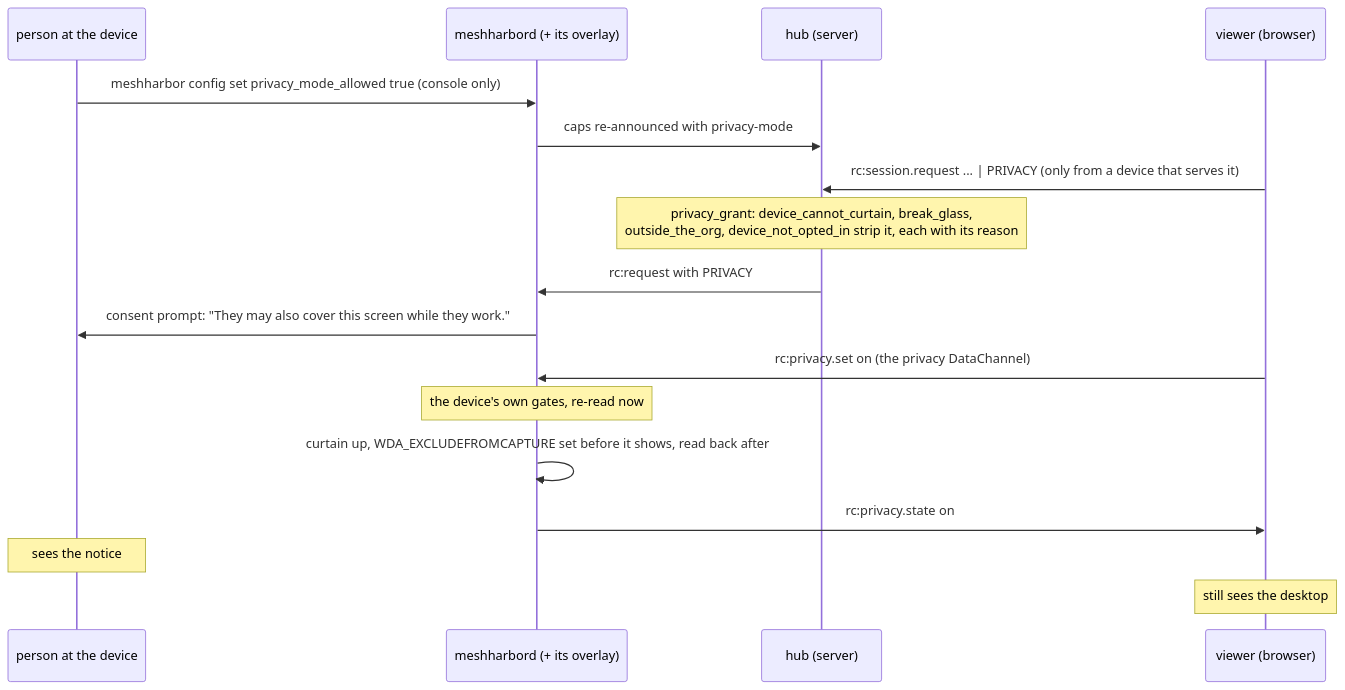
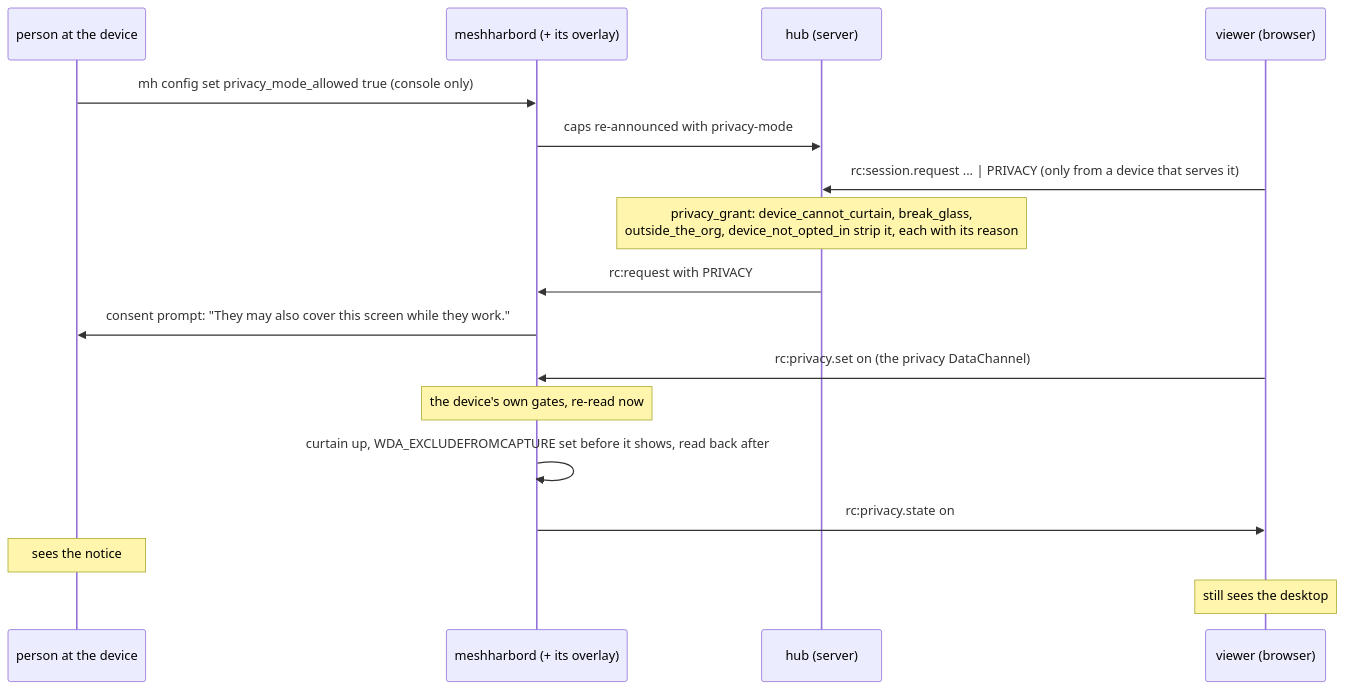
One commit to jk-zhang-meta/MeshHarbor changed the first of 5 diagrams in docs/privacy-mode.md. Above: the diagram before and after it, drawn with Mermaid. The commit also changed other lines of this file and 323 other files, not shown here.

````diff
--- a/docs/privacy-mode.md
+++ b/docs/privacy-mode.md
@@ -45,19 +45,19 @@
 ```mermaid
 sequenceDiagram
     participant P as person at the device
     participant A as meshharbord (+ its overlay)
     participant S as hub (server)
     participant V as viewer (browser)
-    P->>A: meshharbor config set privacy_mode_allowed true (console only)
+    P->>A: mh config set privacy_mode_allowed true (console only)
     A->>S: caps re-announced with privacy-mode
     V->>S: rc:session.request ... | PRIVACY (only from a device that serves it)
     Note over S: privacy_grant: device_cannot_curtain, break_glass,<br/>outside_the_org, device_not_opted_in strip it, each with its reason
     S->>A: rc:request with PRIVACY
     A->>P: consent prompt: "They may also cover this screen while they work."
     V->>A: rc:privacy.set on (the privacy DataChannel)
     Note over A: the device's own gates, re-read now
     A->>A: curtain up, WDA_EXCLUDEFROMCAPTURE set before it shows, read back after
     A->>V: rc:privacy.state on
     Note over P: sees the notice
     Note over V: still sees the desktop
 ```
````
